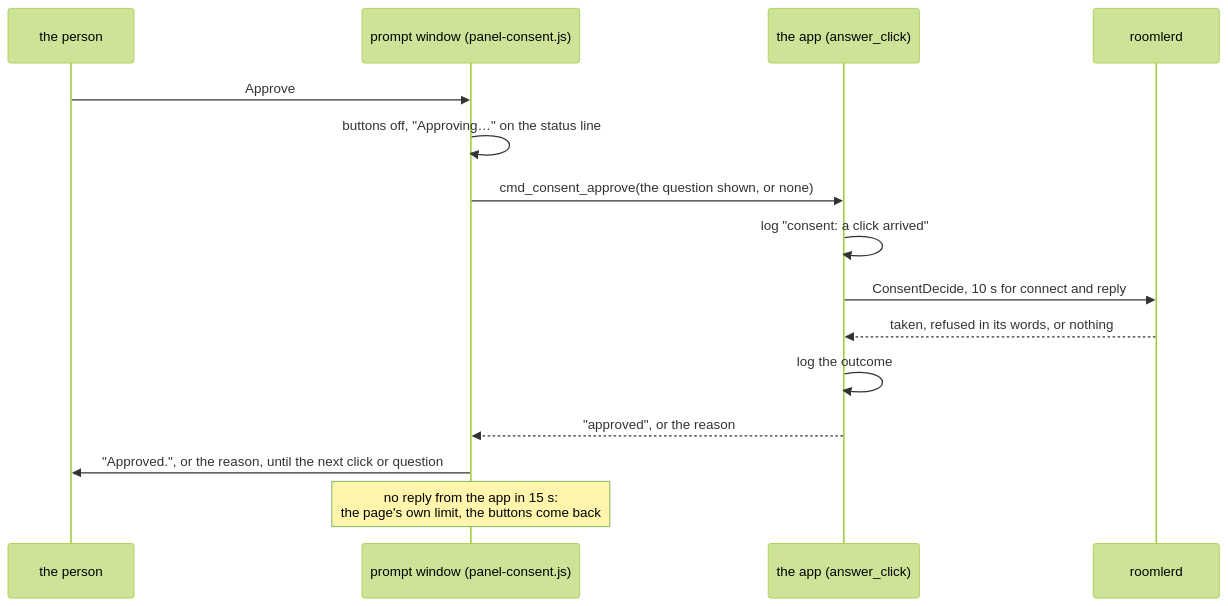
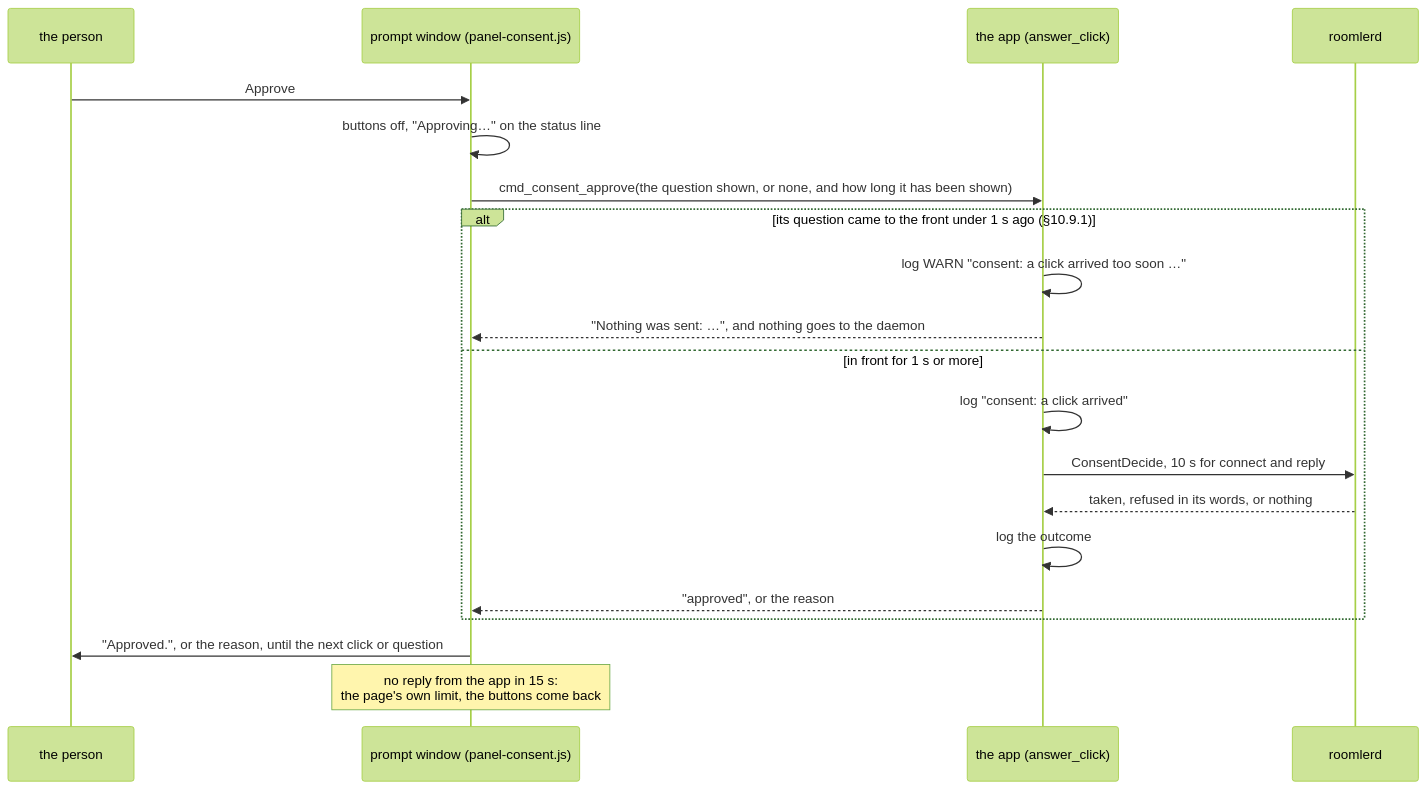
Diagram 24 of 39 in docs/desktop-companion.md (gjovanov/roomler-ai), drawn with Mermaid (forest theme) before and after one commit. The commit also changed other lines of this file and 4 other files, not shown here.

````diff
--- a/docs/desktop-companion.md
+++ b/docs/desktop-companion.md
@@ -2047,17 +2047,22 @@
 ```mermaid
 sequenceDiagram
     participant P as the person
     participant W as prompt window (panel-consent.js)
     participant A as the app (answer_click)
     participant D as roomlerd
     P->>W: Approve
     W->>W: buttons off, "Approving…" on the status line
-    W->>A: cmd_consent_approve(the question shown, or none)
-    A->>A: log "consent: a click arrived"
-    A->>D: ConsentDecide, 10 s for connect and reply
-    D-->>A: taken, refused in its words, or nothing
-    A->>A: log the outcome
-    A-->>W: "approved", or the reason
+    W->>A: cmd_consent_approve(the question shown, or none, and how long it has been shown)
+    alt its question came to the front under 1 s ago (§10.9.1)
+        A->>A: log WARN "consent: a click arrived too soon …"
+        A-->>W: "Nothing was sent: …", and nothing goes to the daemon
+    else in front for 1 s or more
+        A->>A: log "consent: a click arrived"
+        A->>D: ConsentDecide, 10 s for connect and reply
+        D-->>A: taken, refused in its words, or nothing
+        A->>A: log the outcome
+        A-->>W: "approved", or the reason
+    end
     W->>P: "Approved.", or the reason, until the next click or question
     Note over W: no reply from the app in 15 s:<br/>the page's own limit, the buttons come back
 ```
````
